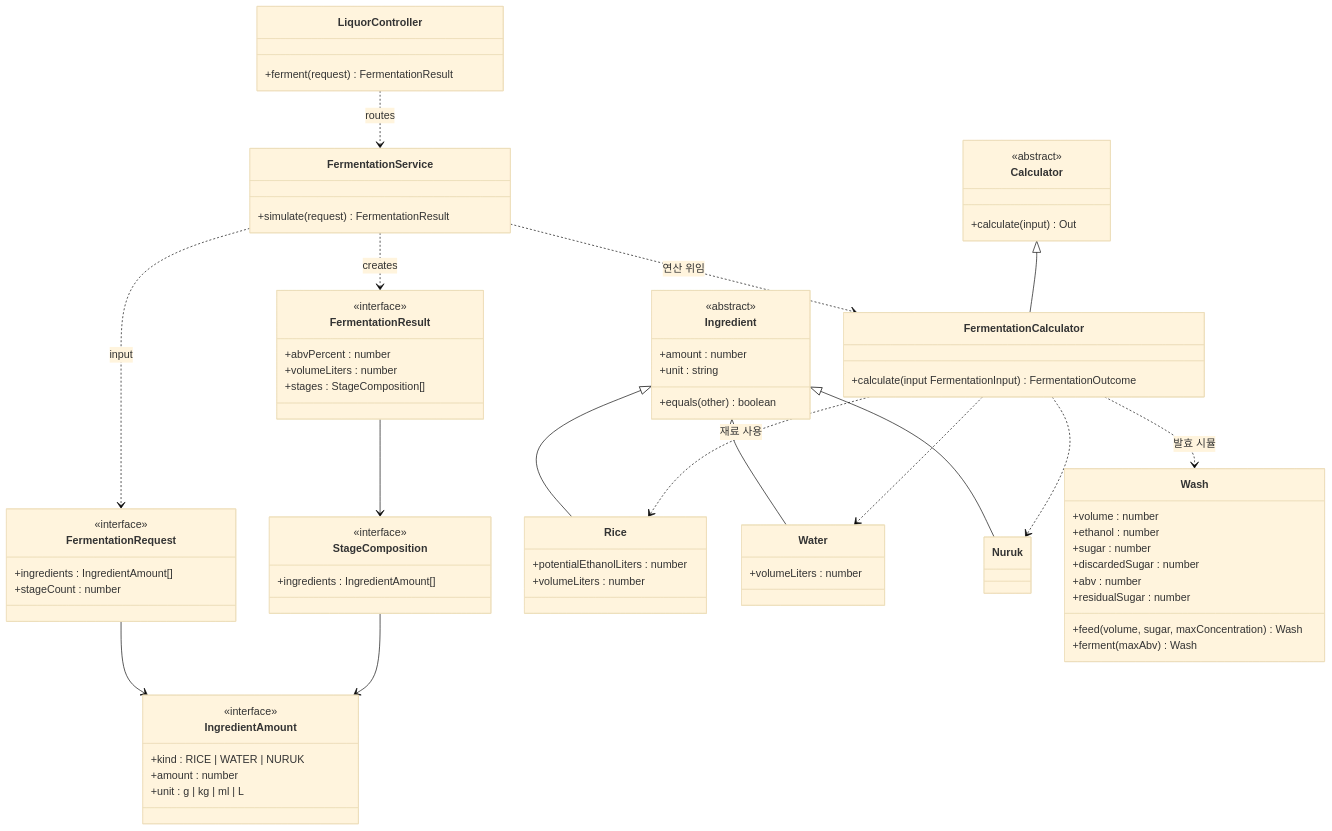
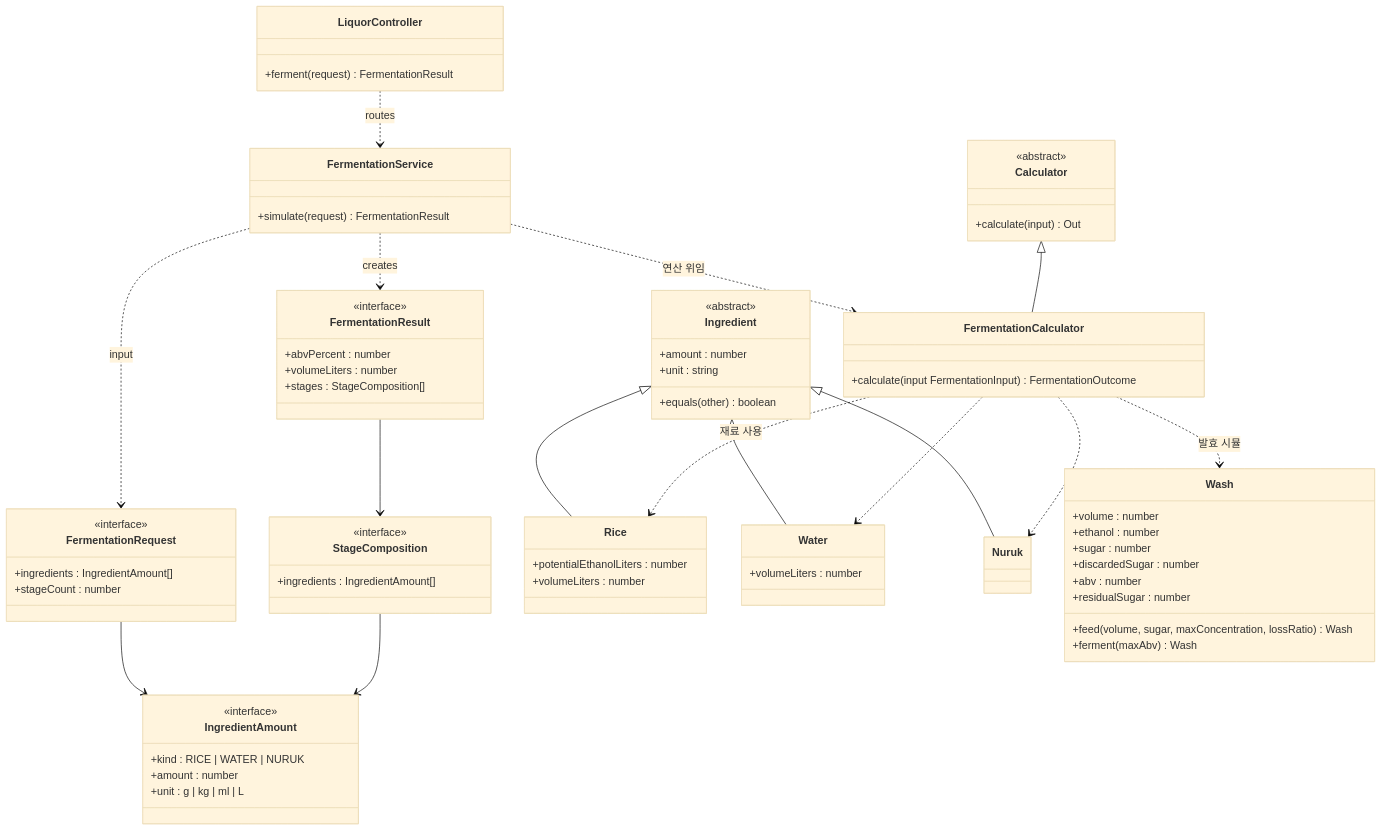
One commit to TransparentDeveloper/alcolmeter changed the second of 2 diagrams in packages/domain-v2/README.md. Above: the diagram before and after it, drawn with Mermaid (base theme). The commit also changed other lines of this file and 5 other files, not shown here.

```diff
--- a/packages/domain-v2/README.md
+++ b/packages/domain-v2/README.md
@@ -83,7 +83,7 @@
         +discardedSugar : number
         +abv : number
         +residualSugar : number
-        +feed(volume, sugar, maxConcentration) Wash
+        +feed(volume, sugar, maxConcentration, lossRatio) Wash
         +ferment(maxAbv) Wash
     }
 
```
